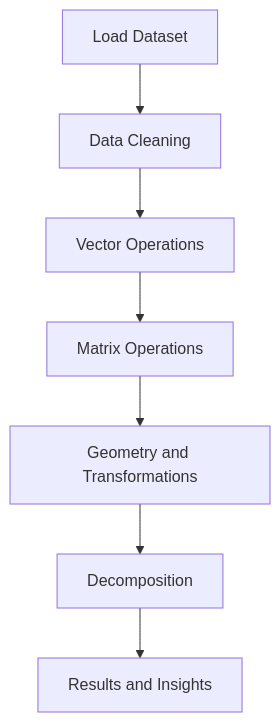
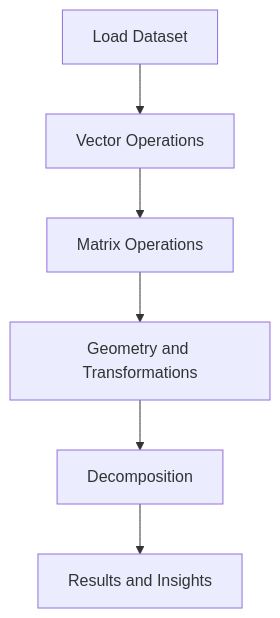
Before and after one commit to DevanshiBachhote2007/Calculative_Foundation_Maths: the diagram in README.md, drawn with Mermaid. The commit also changed other lines of this file, not shown here.

````diff
--- a/README.md
+++ b/README.md
@@ -89,9 +89,8 @@
 ```mermaid
 flowchart TD
-    A[Load Dataset] --> B[Data Cleaning]
-    B --> C[Vector Operations]
-    C --> D[Matrix Operations]
-    D --> E[Geometry and Transformations]
-    E --> F[Decomposition]
-    F --> G[Results and Insights]
+    A[Load Dataset] --> B[Vector Operations]
+    B --> C[Matrix Operations]
+    C --> D[Geometry and Transformations]
+    D --> E[Decomposition]
+    E --> F[Results and Insights]
 ```
````
